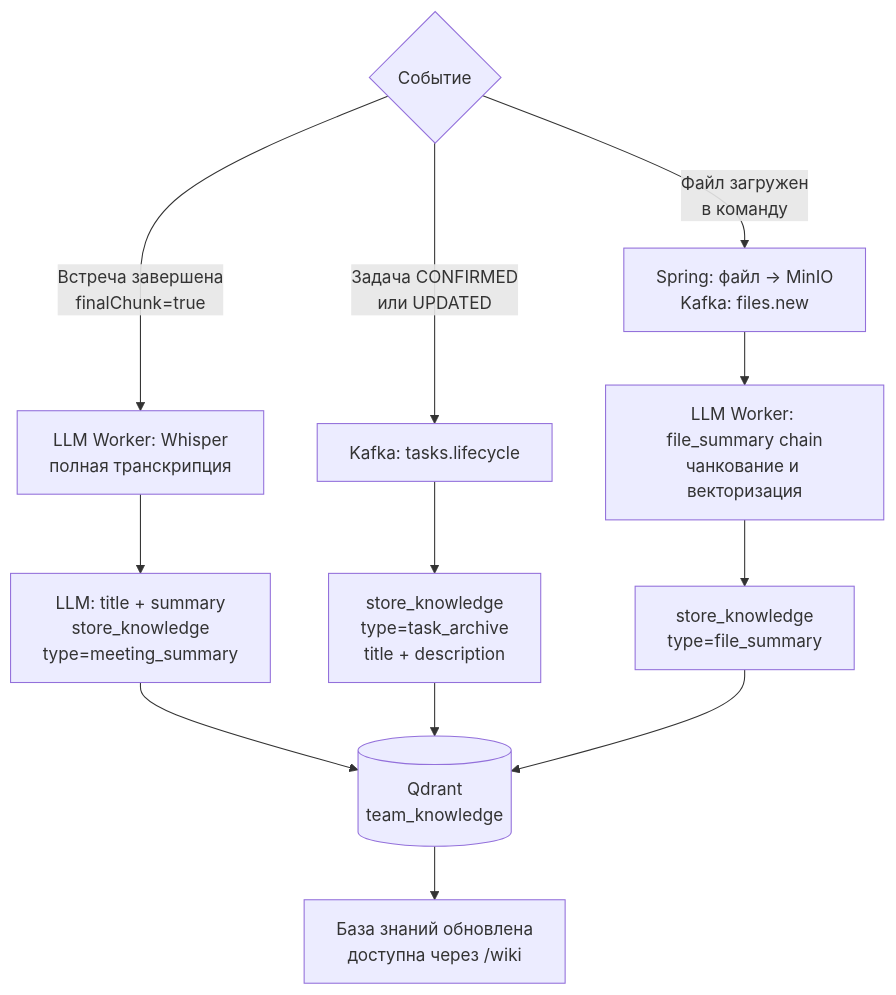
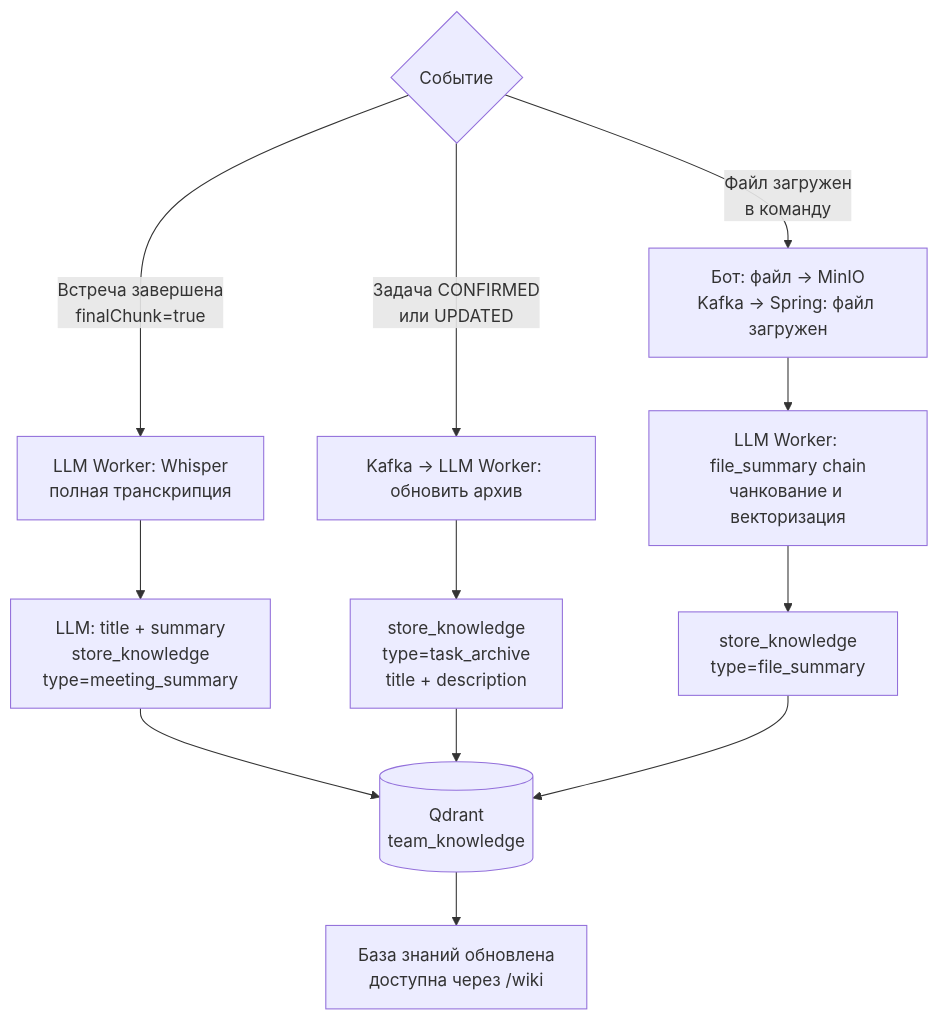
Before and after one commit to 42team-ru/teampilot: diagram 12 of 12 in docs/user-flows.md, drawn with Mermaid. The commit also changed other lines of this file and 2 other files, not shown here.

````diff
--- a/docs/user-flows.md
+++ b/docs/user-flows.md
@@ -393,16 +391,16 @@
 ```mermaid
 flowchart TD
-    A{Событие} -->|"Файл загружен\nв команду"| B["Spring: файл -> MinIO\nKafka: files.new"]
+    A{Событие} -->|"Файл загружен\nв команду"| B["Бот: файл -> MinIO\nKafka → Spring: файл загружен"]
     A -->|"Встреча завершена\nfinalChunk=true"| C["LLM Worker: Whisper\nполная транскрипция"]
-    A -->|"Задача CONFIRMED\nили UPDATED"| D["Kafka: tasks.lifecycle"]
+    A -->|"Задача CONFIRMED\nили UPDATED"| D["Kafka → LLM Worker: обновить архив"]
 
     B --> E["LLM Worker: file_summary chain\nчанкование и векторизация"]
     C --> F["LLM: title + summary\nstore_knowledge\ntype=meeting_summary"]
     D --> G["store_knowledge\ntype=task_archive\ntitle + description"]
 
     E --> H["store_knowledge\ntype=file_summary"]
     F --> I[("Qdrant\nteam_knowledge")]
     G --> I
     H --> I
     I --> J["База знаний обновлена\nдоступна через /wiki"]
 ```
````
